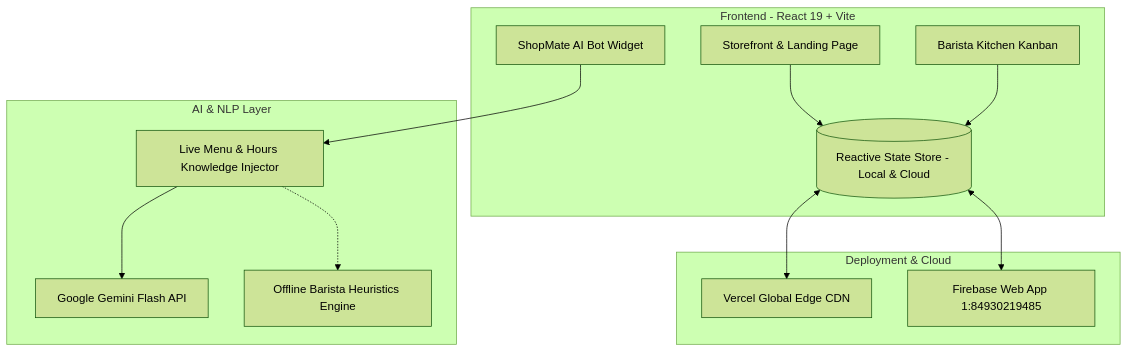
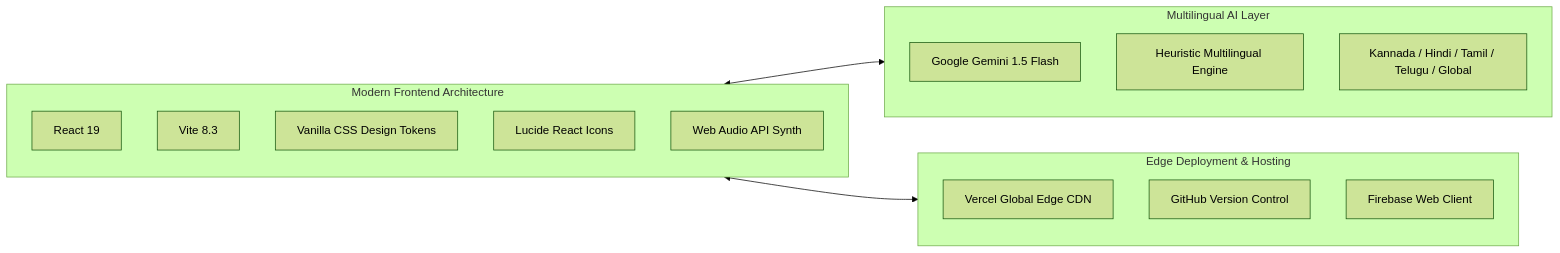
The third of 3 diagrams in README.md (codexanjan/shopmateai), drawn with Mermaid (forest theme) before and after one commit. The commit also changed other lines of this file and 8 other files, not shown here.

Commit message:
feat: separate landing & auth pages, clean navbar, multilingual AI concierge in all languages, dedicated table booking & dashboard

````diff
--- a/README.md
+++ b/README.md
@@ -104,28 +137,25 @@
 ```mermaid
-flowchart TD
-    subgraph Client [Frontend - React 19 + Vite]
-        UI[Storefront & Landing Page]
-        ChatWidget[ShopMate AI Bot Widget]
-        AdminUI[Barista Kitchen Kanban]
-        StateStore[(Reactive State Store - Local & Cloud)]
+flowchart LR
+    subgraph Frontend [Modern Frontend Architecture]
+        R[React 19]
+        V[Vite 8.3]
+        CSS[Vanilla CSS Design Tokens]
+        L[Lucide React Icons]
+        A[Web Audio API Synth]
     end
 
-    subgraph Intelligence [AI & NLP Layer]
-        GeminiFlash[Google Gemini Flash API]
-        HeuristicEngine[Offline Barista Heuristics Engine]
-        PromptEngine[Live Menu & Hours Knowledge Injector]
+    subgraph Intelligence [Multilingual AI Layer]
+        G[Google Gemini 1.5 Flash]
+        H[Heuristic Multilingual Engine]
+        Langs[Kannada / Hindi / Tamil / Telugu / Global]
     end
 
-    subgraph Cloud [Deployment & Cloud]
-        VercelCDN[Vercel Global Edge CDN]
-        FirebaseApp[Firebase Web App 1:84930219485]
+    subgraph Cloud [Edge Deployment & Hosting]
+        Vercel[Vercel Global Edge CDN]
+        GH[GitHub Version Control]
+        FB[Firebase Web Client]
     end
 
-    UI --> StateStore
-    AdminUI --> StateStore
-    ChatWidget --> PromptEngine
-    PromptEngine --> GeminiFlash
-    PromptEngine -.-> HeuristicEngine
-    StateStore <--> VercelCDN
-    StateStore <--> FirebaseApp
+    Frontend <--> Intelligence
+    Frontend <--> Cloud
 ```
````
